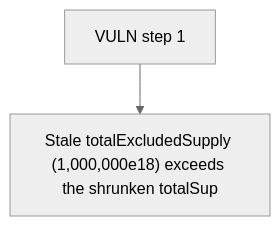
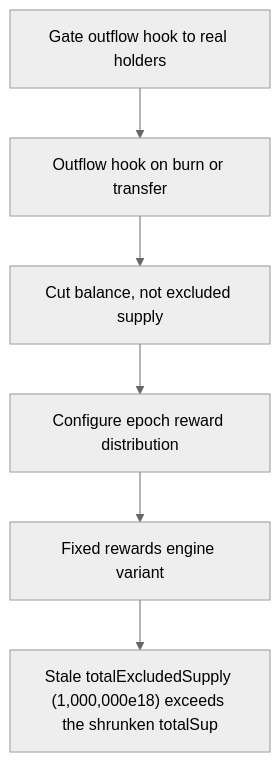
The diagram in 64666-totalexcludedsupply-drifts-from-reality-spearbit-none-buck-l_exp/64666-totalexcludedsupply-drifts-from-reality-spearbit-none-buck-l_exp.md (sanbir/evm-hack-registry), drawn with Mermaid (neutral theme) before and after one commit. The commit also changed other lines of this file and 79 other files, not shown here.

````diff
--- a/64666-totalexcludedsupply-drifts-from-reality-spearbit-none-buck-l_exp/64666-totalexcludedsupply-drifts-from-reality-spearbit-none-buck-l_exp.md
+++ b/64666-totalexcludedsupply-drifts-from-reality-spearbit-none-buck-l_exp/64666-totalexcludedsupply-drifts-from-reality-spearbit-none-buck-l_exp.md
@@ -28,6 +28,14 @@
 ```mermaid
 flowchart TD
-  S0["VULN step 1"]
+  S0["Gate outflow hook to real holders"]
+  S1["Outflow hook on burn or transfer"]
+  S2["Cut balance, not excluded supply"]
+  S3["Configure epoch reward distribution"]
+  S4["Fixed rewards engine variant"]
   H["Stale totalExcludedSupply (1,000,000e18) exceeds the shrunken totalSup"]
-  S0 --> H
+  S0 --> S1
+  S1 --> S2
+  S2 --> S3
+  S3 --> S4
+  S4 --> H
 ```
````
